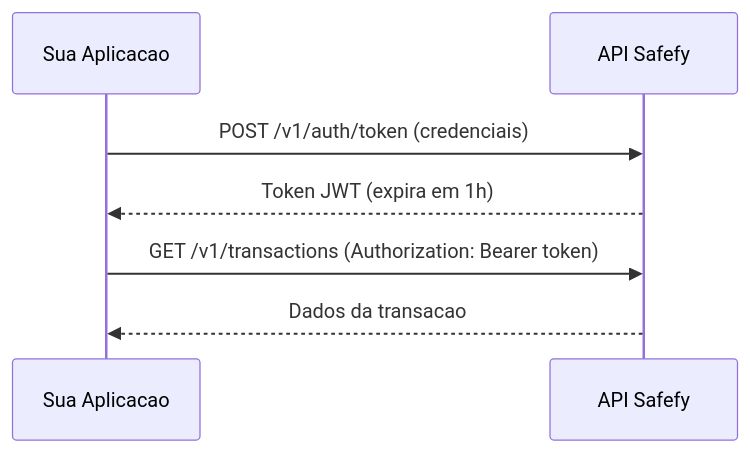
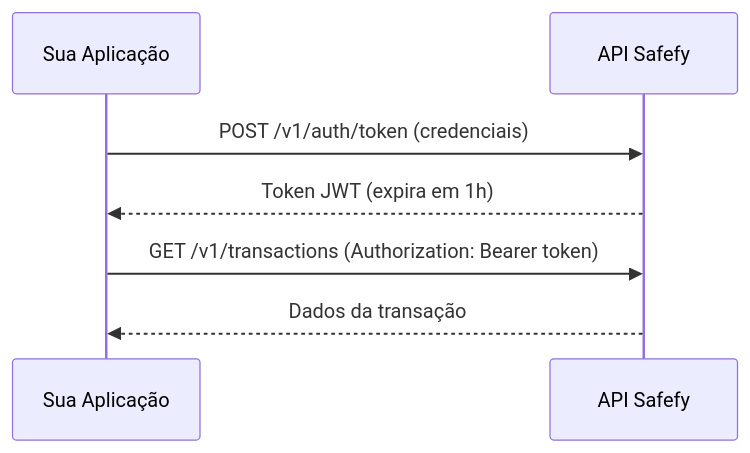
One commit to Safefy-Pay/docs changed the diagram in authentication.mdx. Above: the diagram before and after it, drawn with Mermaid. The commit also changed other lines of this file and 26 other files, not shown here.

````diff
--- a/authentication.mdx
+++ b/authentication.mdx
@@ -10,10 +10,10 @@
 ```mermaid
 sequenceDiagram
-    participant App as Sua Aplicacao
+    participant App as Sua Aplicação
     participant Safefy as API Safefy
     
     App->>Safefy: POST /v1/auth/token (credenciais)
     Safefy-->>App: Token JWT (expira em 1h)
     App->>Safefy: GET /v1/transactions (Authorization: Bearer token)
-    Safefy-->>App: Dados da transacao
+    Safefy-->>App: Dados da transação
 ```
````
